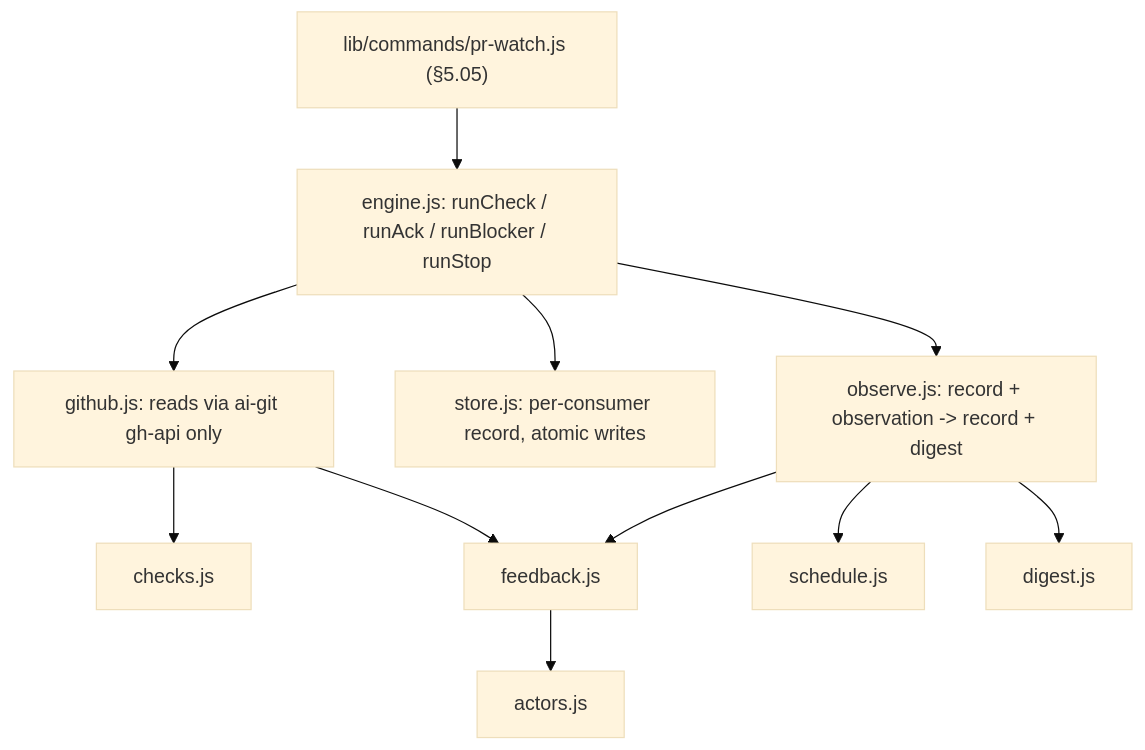
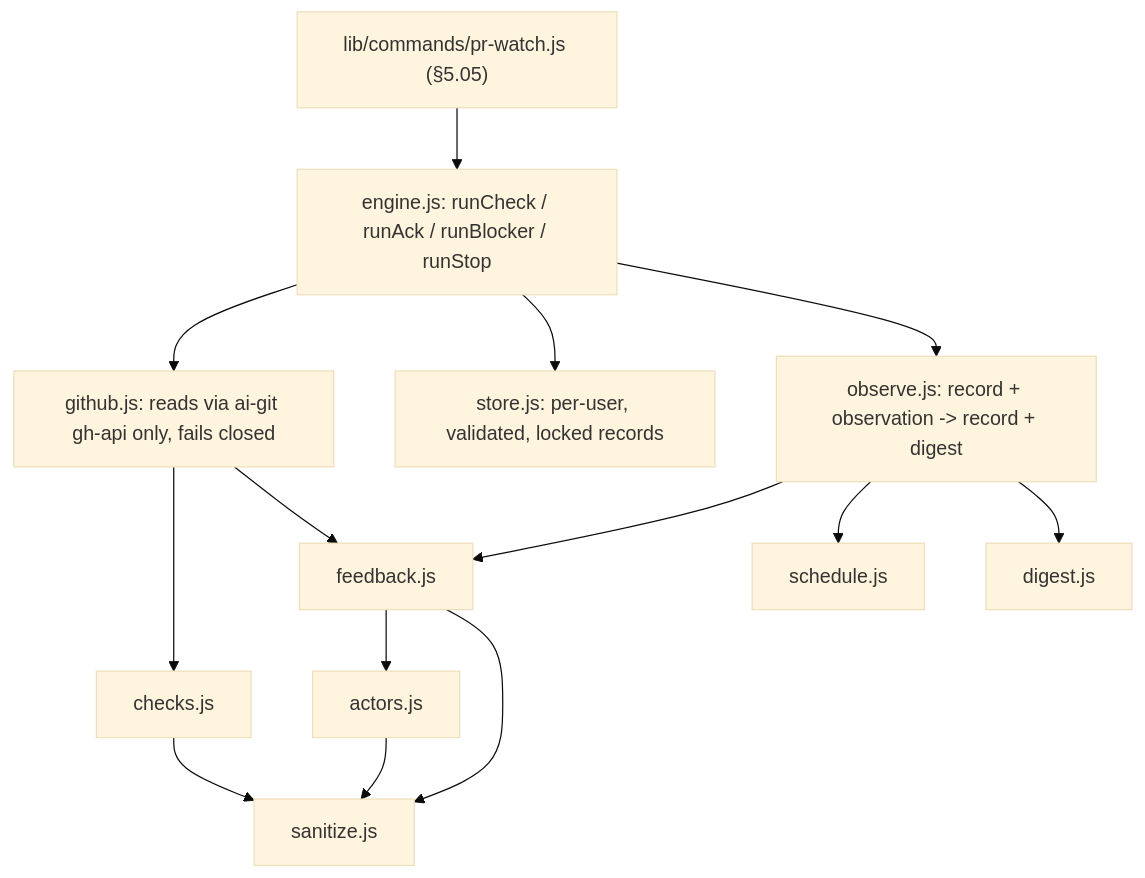
The diagram in docs/architecture/05_06_pr_watch.md (starvoxel/ai-foundation), drawn with Mermaid (base theme) before and after one commit. The commit also changed other lines of this file and 1 other file, not shown here.

````diff
--- a/docs/architecture/05_06_pr_watch.md
+++ b/docs/architecture/05_06_pr_watch.md
@@ -25,19 +26,22 @@
 ```mermaid
 graph TD
   Cmd["lib/commands/pr-watch.js (§5.05)"]
   Engine["engine.js: runCheck / runAck / runBlocker / runStop"]
-  GitHub["github.js: reads via ai-git gh-api only"]
-  Store["store.js: per-consumer record, atomic writes"]
+  GitHub["github.js: reads via ai-git gh-api only, fails closed"]
+  Store["store.js: per-user, validated, locked records"]
   Observe["observe.js: record + observation -> record + digest"]
   Actors["actors.js"]
   Feedback["feedback.js"]
   Checks["checks.js"]
+  Sanitize["sanitize.js"]
   Schedule["schedule.js"]
   Digest["digest.js"]
 
   Cmd --> Engine
   Engine --> GitHub & Store & Observe
   GitHub --> Checks & Feedback
   Observe --> Feedback & Schedule & Digest
-  Feedback --> Actors
+  Feedback --> Actors & Sanitize
+  Checks --> Sanitize
+  Actors --> Sanitize
 ```
````
